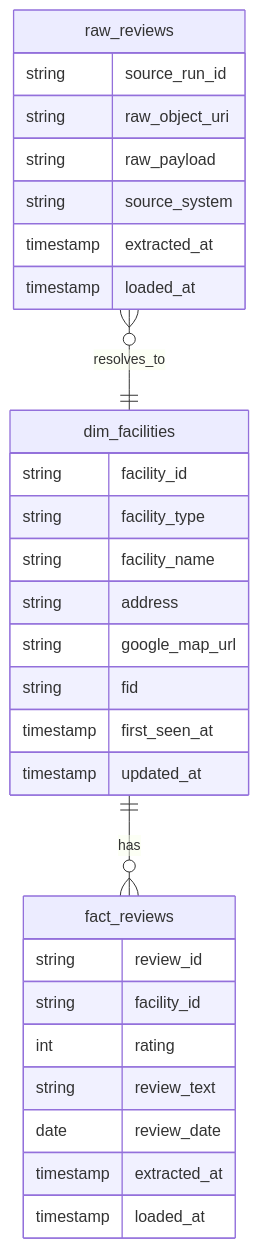
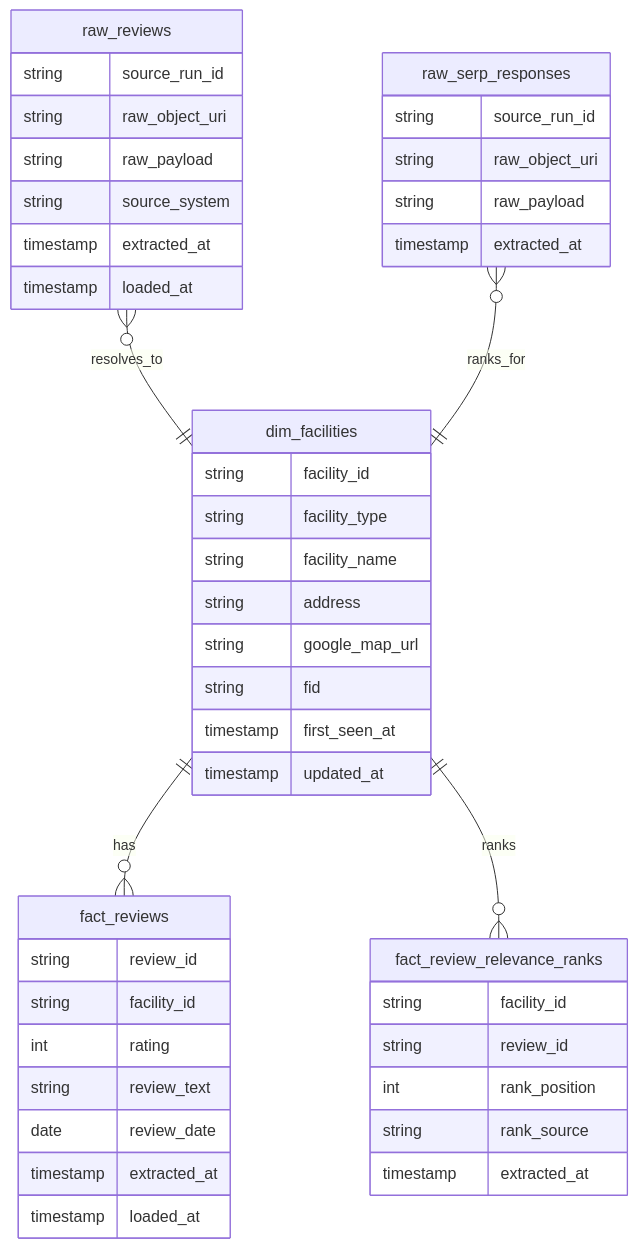
Before and after one commit to mememori8888/1000man-programmer-project-v2: the fourth of 4 diagrams in README.md, drawn with Mermaid. The commit also changed other lines of this file and 8 other files, not shown here.

Commit message:
Add SERP relevance rank BigQuery transforms

````diff
--- a/README.md
+++ b/README.md
@@ -121,35 +121,52 @@
 ```mermaid
 erDiagram
     dim_facilities ||--o{ fact_reviews : has
+    dim_facilities ||--o{ fact_review_relevance_ranks : ranks
     raw_reviews }o--|| dim_facilities : resolves_to
+    raw_serp_responses }o--|| dim_facilities : ranks_for
 
     raw_reviews {
         string source_run_id
         string raw_object_uri
         string raw_payload
         string source_system
         timestamp extracted_at
         timestamp loaded_at
     }
 
     dim_facilities {
         string facility_id
         string facility_type
         string facility_name
         string address
         string google_map_url
         string fid
         timestamp first_seen_at
         timestamp updated_at
     }
 
     fact_reviews {
         string review_id
         string facility_id
         int rating
         string review_text
         date review_date
         timestamp extracted_at
         timestamp loaded_at
     }
+
+    raw_serp_responses {
+        string source_run_id
+        string raw_object_uri
+        string raw_payload
+        timestamp extracted_at
+    }
+
+    fact_review_relevance_ranks {
+        string facility_id
+        string review_id
+        int rank_position
+        string rank_source
+        timestamp extracted_at
+    }
 ```
````
